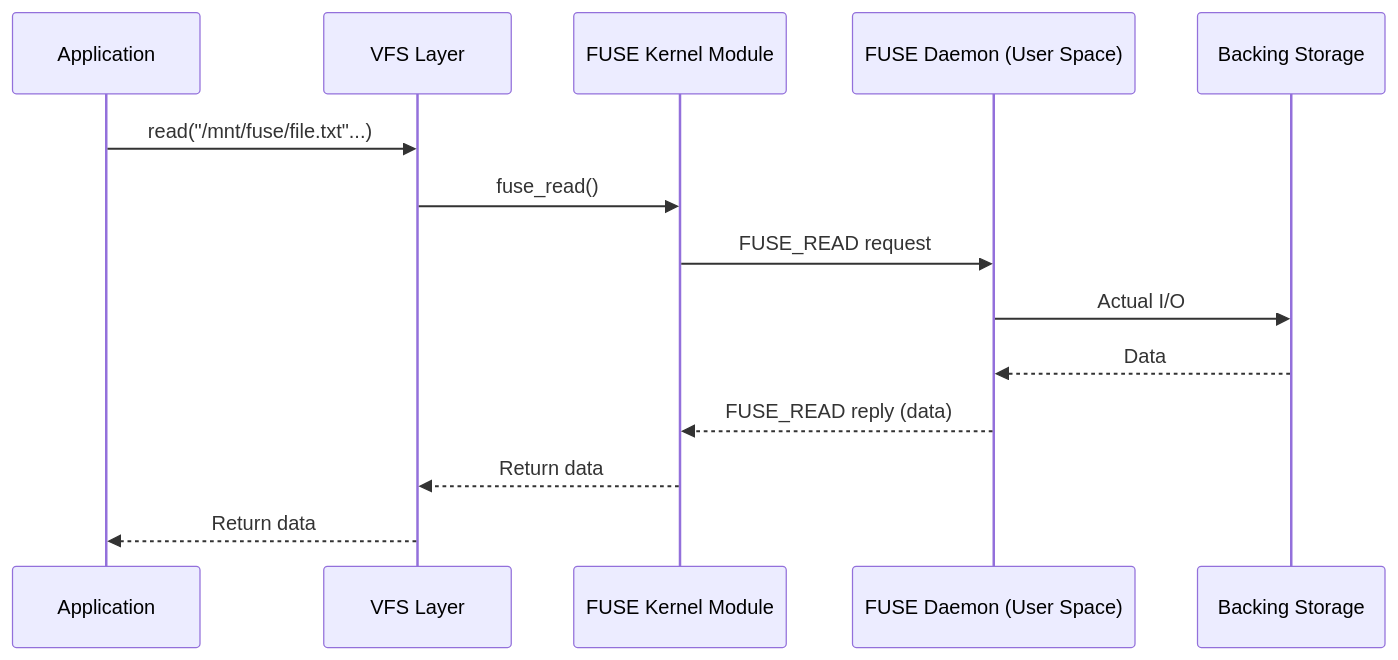
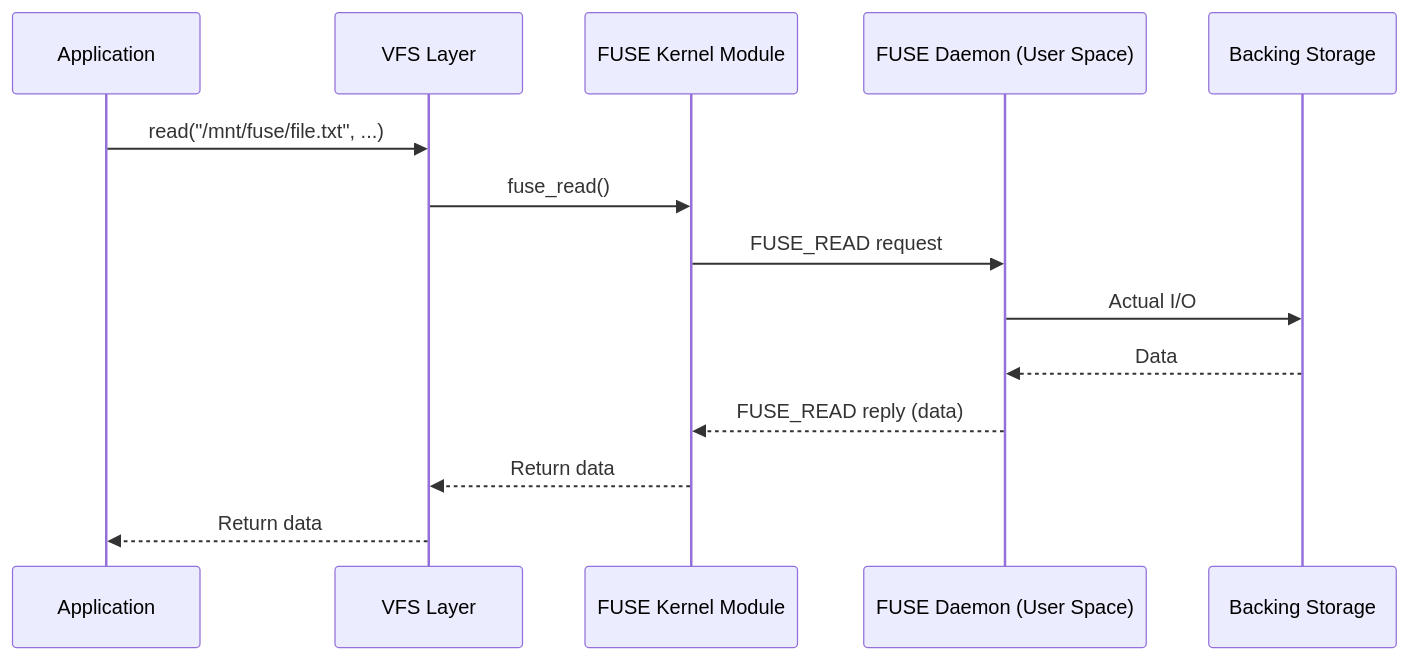
Before and after one commit to WyattAu/starlight-sites: the second of 2 diagrams in sites/linux/src/content/docs/02-file-systems/filesystems-and-mounting.md, drawn with Mermaid. The commit also changed other lines of this file and 887 other files, not shown here.

````diff
--- a/sites/linux/src/content/docs/02-file-systems/filesystems-and-mounting.md
+++ b/sites/linux/src/content/docs/02-file-systems/filesystems-and-mounting.md
@@ -455,17 +456,17 @@
 ```mermaid
 sequenceDiagram
     participant App as Application
     participant VFS as VFS Layer
     participant Kernel as FUSE Kernel Module
     participant Daemon as FUSE Daemon (User Space)
     participant Storage as Backing Storage
 
-    App->>VFS: read("/mnt/fuse/file.txt"...)
+    App->>VFS: read("/mnt/fuse/file.txt", ...)
     VFS->>Kernel: fuse_read()
     Kernel->>Daemon: FUSE_READ request
     Daemon->>Storage: Actual I/O
     Storage-->>Daemon: Data
     Daemon-->>Kernel: FUSE_READ reply (data)
     Kernel-->>VFS: Return data
     VFS-->>App: Return data
 ```
````
